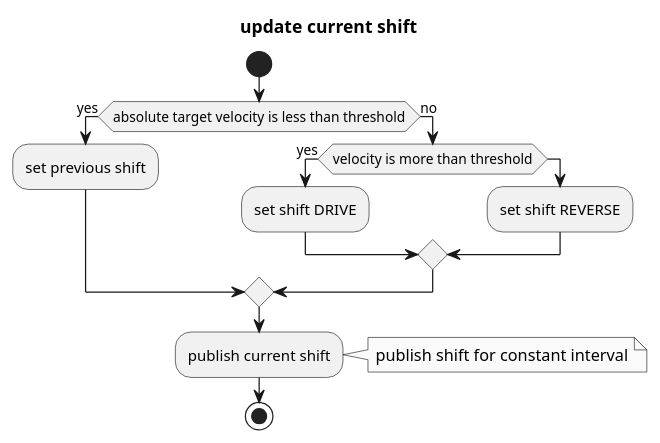
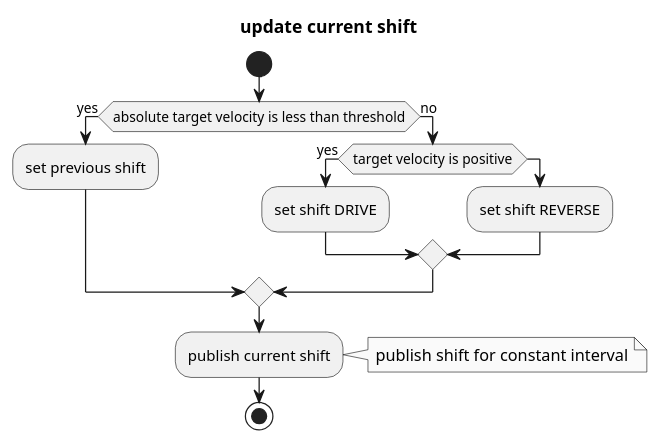
The diagram in control/shift_decider/README.md (tier4/AutowareArchitectureProposal.iv), drawn with PlantUML before and after one commit.

Commit message:
better expression

````diff
--- a/control/shift_decider/README.md
+++ b/control/shift_decider/README.md
@@ -11,22 +11,22 @@
 ```plantuml
 @startuml
 skinparam monochrome true
 
 title update current shift
 start
 if (absolute target velocity is less than threshold) then (yes)
     :set previous shift;
 else(no)
-if (velocity is more than threshold) then (yes)
+if (target velocity is positive) then (yes)
     :set shift DRIVE;
 else
     :set shift REVERSE;
 endif
 endif
     :publish current shift;
 note right
     publish shift for constant interval
 end note
 stop
 @enduml
 ```
````
